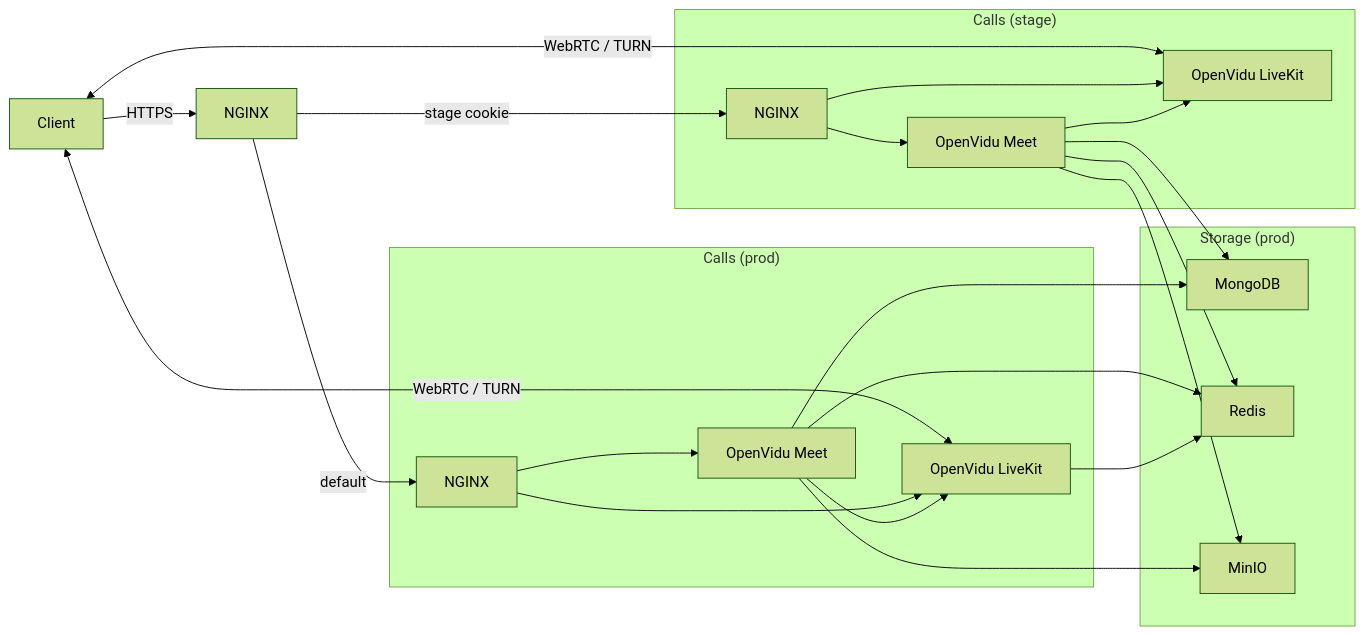
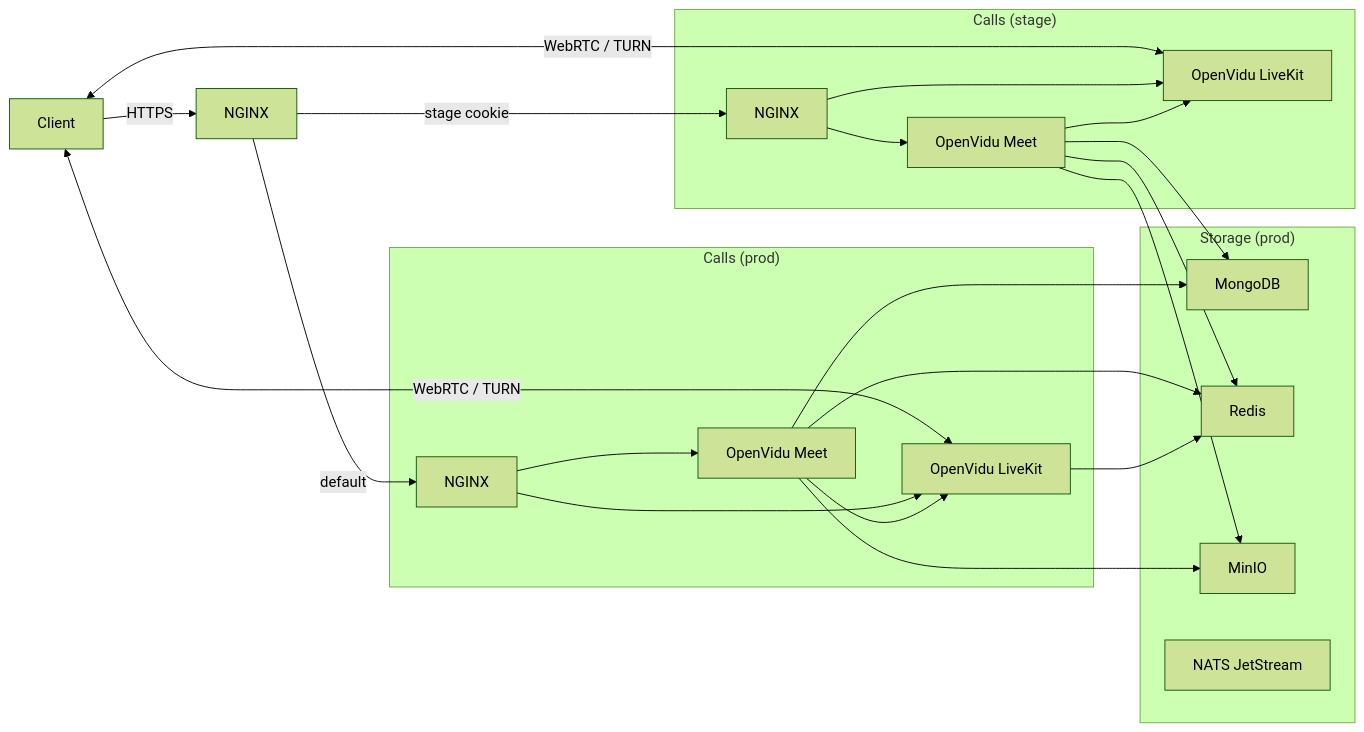
One commit to dwspurpleteam/deployer changed the diagram in README.md. Above: the diagram before and after it, drawn with Mermaid (forest theme). The commit also changed 2 other files, not shown here.

Commit message:
setup nats

````diff
--- a/README.md
+++ b/README.md
@@ -12,34 +12,35 @@
 ```mermaid
 flowchart LR
   browser[Client] -->|HTTPS| ingress[NGINX]
   ingress -->|default| proxy
   ingress -->|stage cookie| stage
   browser <-->|WebRTC / TURN| openvidu
   browser <-->|WebRTC / TURN| stage_openvidu
 
   subgraph calls_stage["Calls (stage)"]
     stage[NGINX] --> stage_meet[OpenVidu Meet]
     stage --> stage_openvidu[OpenVidu LiveKit]
     stage_meet --> stage_openvidu
   end
 
   subgraph calls_prod["Calls (prod)"]
     proxy["NGINX"] --> meet[OpenVidu Meet]
     proxy --> openvidu[OpenVidu LiveKit]
     meet --> openvidu
   end
 
   subgraph storage["Storage (prod)"]
     mongodb[MongoDB]
     redis[Redis]
     minio[MinIO]
+    nats["NATS JetStream"]
   end
 
   meet --> mongodb
   meet --> redis
   meet --> minio
   stage_meet --> mongodb
   stage_meet --> redis
   stage_meet --> minio
   openvidu --> redis
 ```
````
